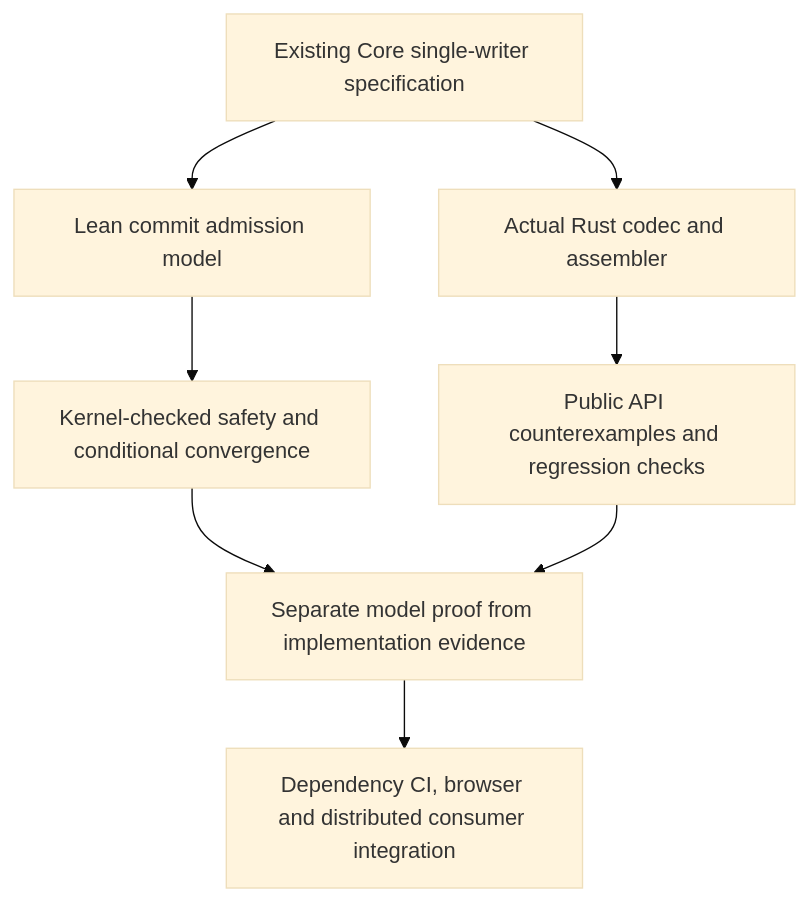
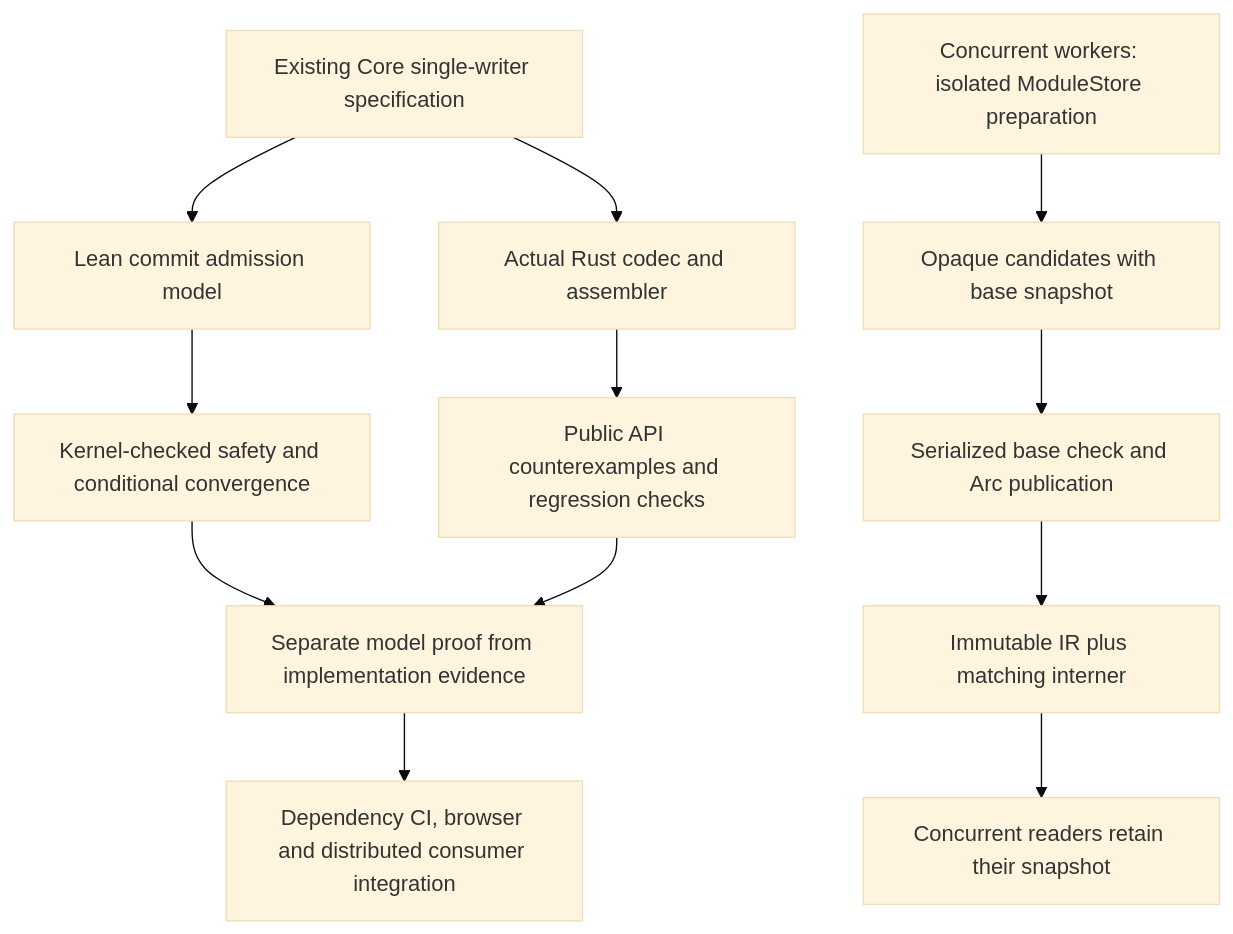
One commit to hymeko-framework/core changed the diagram in docs/plans/2026-09-05-distributed-semantics/plan.mmd. Above: the diagram before and after it, drawn with Mermaid (base theme). The commit also changed 8 other files, not shown here.

First line of the commit message:
feat(core): publish immutable IR snapshots with guarded concurrent preparation

```diff
--- a/docs/plans/2026-09-05-distributed-semantics/plan.mmd
+++ b/docs/plans/2026-09-05-distributed-semantics/plan.mmd
@@ -1,8 +1,12 @@
 flowchart TD
     S[Existing Core single-writer specification] --> L[Lean commit admission model]
     S --> R[Actual Rust codec and assembler]
     L --> P[Kernel-checked safety and conditional convergence]
     R --> C[Public API counterexamples and regression checks]
     P --> T[Separate model proof from implementation evidence]
     C --> T
     T --> I[Dependency CI, browser and distributed consumer integration]
+    W[Concurrent workers: isolated ModuleStore preparation] --> CAND[Opaque candidates with base snapshot]
+    CAND --> PUB[Serialized base check and Arc publication]
+    PUB --> SNAP[Immutable IR plus matching interner]
+    SNAP --> READ[Concurrent readers retain their snapshot]
```
